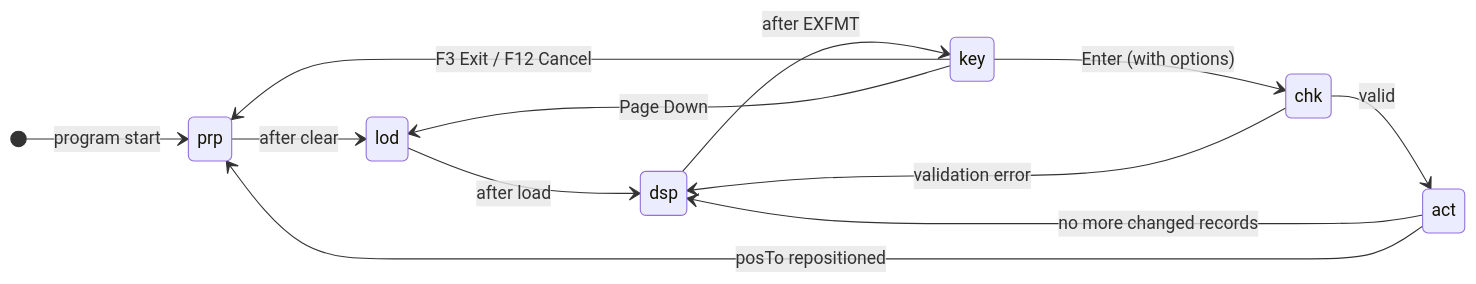
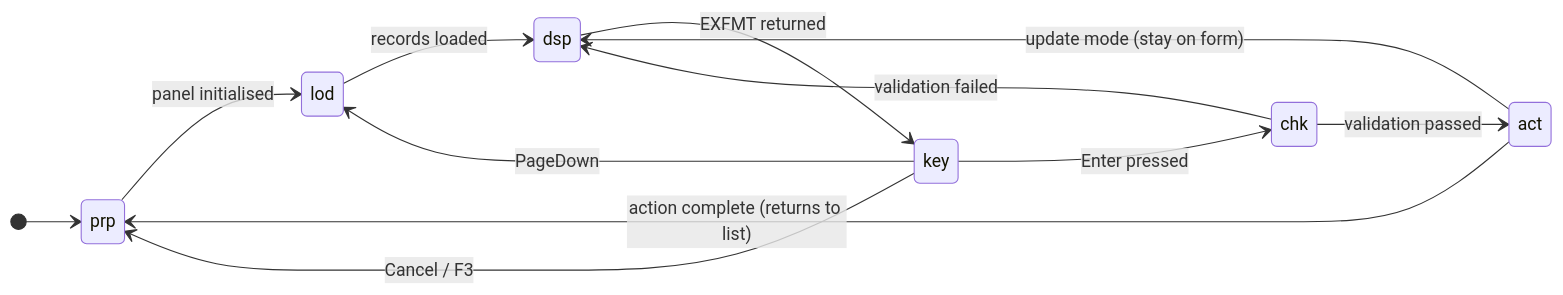
The first of 2 diagrams in docs/ART200-documentation.md (jxadro/IBM-i-Application-Modernization-with-Bob), drawn with Mermaid before and after one commit. The commit also changed other lines of this file and 60 other files, not shown here.

````diff
--- a/docs/ART200-documentation.md
+++ b/docs/ART200-documentation.md
@@ -46,15 +47,15 @@
 ```mermaid
 stateDiagram-v2
     direction LR
-    [*] --> prp : program start
-    prp --> lod : after clear
-    lod --> dsp : after load
-    dsp --> key : after EXFMT
-    key --> prp : F3 Exit / F12 Cancel
-    key --> lod : Page Down
-    key --> chk : Enter (with options)
-    chk --> dsp : validation error
-    chk --> act : valid
-    act --> dsp : no more changed records
-    act --> prp : posTo repositioned
+    [*] --> prp
+    prp --> lod   : panel initialised
+    lod --> dsp   : records loaded
+    dsp --> key   : EXFMT returned
+    key --> chk   : Enter pressed
+    key --> lod   : PageDown
+    key --> prp   : Cancel / F3
+    chk --> act   : validation passed
+    chk --> dsp   : validation failed
+    act --> prp   : action complete (returns to list)
+    act --> dsp   : update mode (stay on form)
 ```
````
